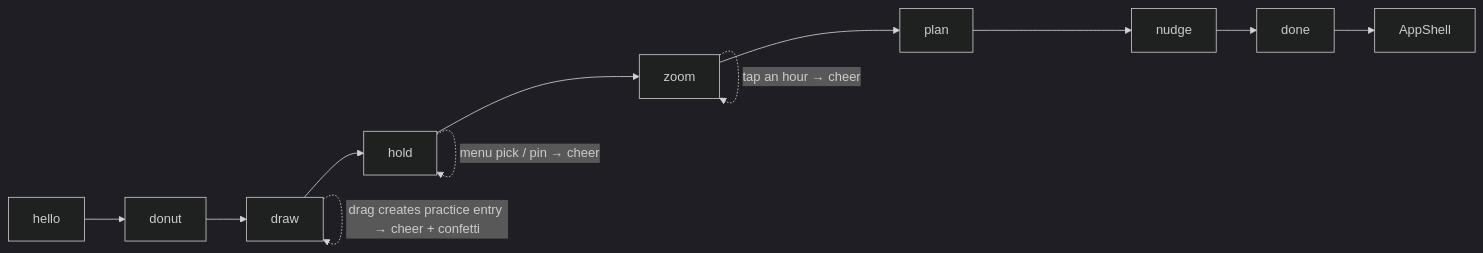
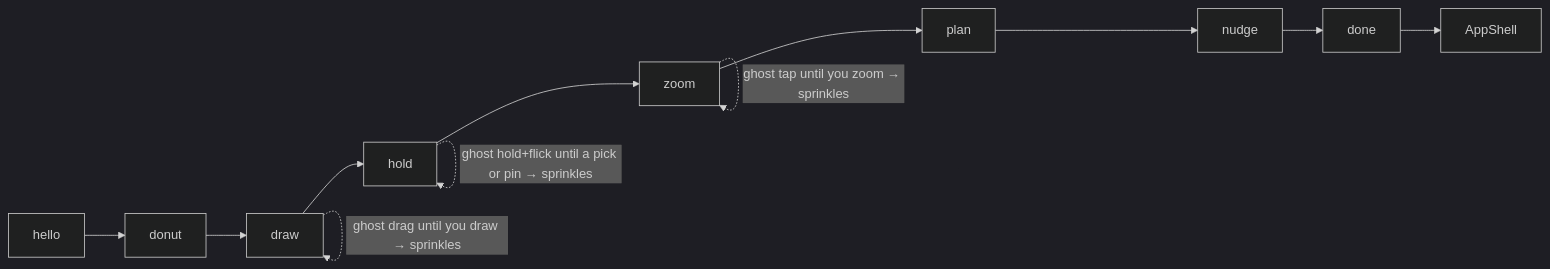
Before and after one commit to rudrahnpatel/donut: the diagram in .notes/onboarding_tour.md, drawn with Mermaid (dark theme). The commit also changed other lines of this file and 4 other files, not shown here.

````diff
--- a/.notes/onboarding_tour.md
+++ b/.notes/onboarding_tour.md
@@ -41,7 +44,7 @@
 ```mermaid
 flowchart LR
   hello --> donut --> draw --> hold --> zoom --> plan --> nudge --> done --> App[AppShell]
-  draw -. "drag creates practice entry → cheer + confetti" .-> draw
-  hold -. "menu pick / pin → cheer" .-> hold
-  zoom -. "tap an hour → cheer" .-> zoom
+  draw -. "ghost drag until you draw → sprinkles" .-> draw
+  hold -. "ghost hold+flick until a pick or pin → sprinkles" .-> hold
+  zoom -. "ghost tap until you zoom → sprinkles" .-> zoom
 ```
````
